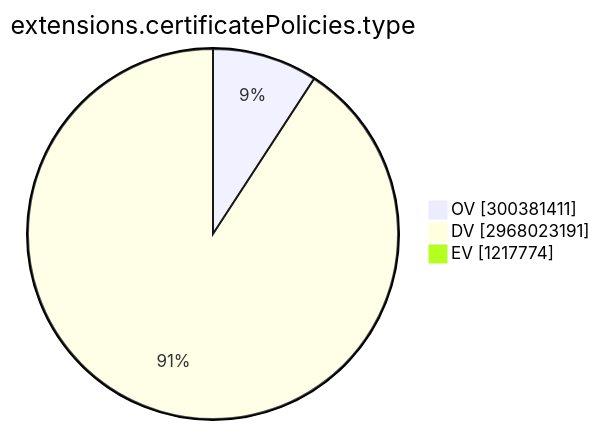
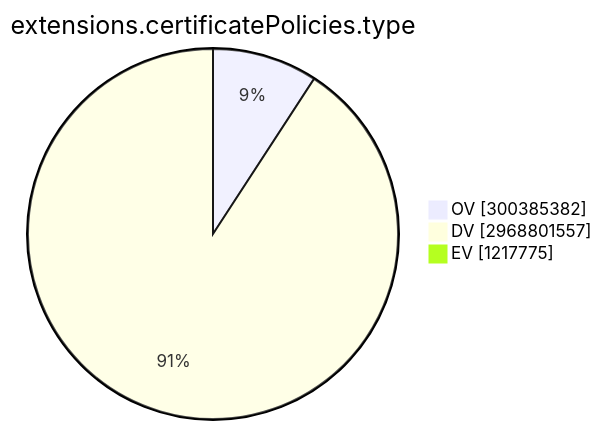
One commit to christiankrug/ctmonitor_visualization changed the ninth of 15 diagrams in TOTAL/README.md. Above: the diagram before and after it, drawn with Mermaid. The commit also changed other lines of this file, not shown here.

````diff
--- a/TOTAL/README.md
+++ b/TOTAL/README.md
@@ -3101,7 +3101,7 @@
 ```mermaid
 pie showData
 title extensions.certificatePolicies.type
-"OV" :300381411
-"DV" :2968023191
-"EV" :1217774
+"OV" :300385382
+"DV" :2968801557
+"EV" :1217775
 ```
````
